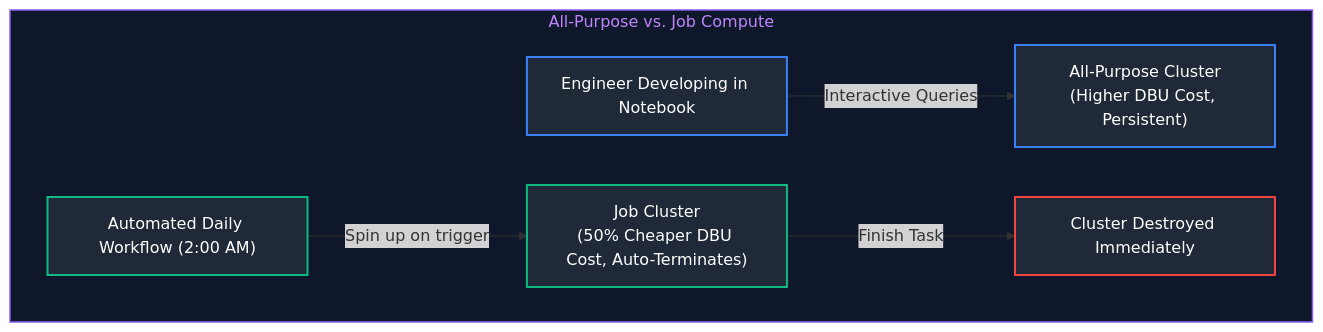
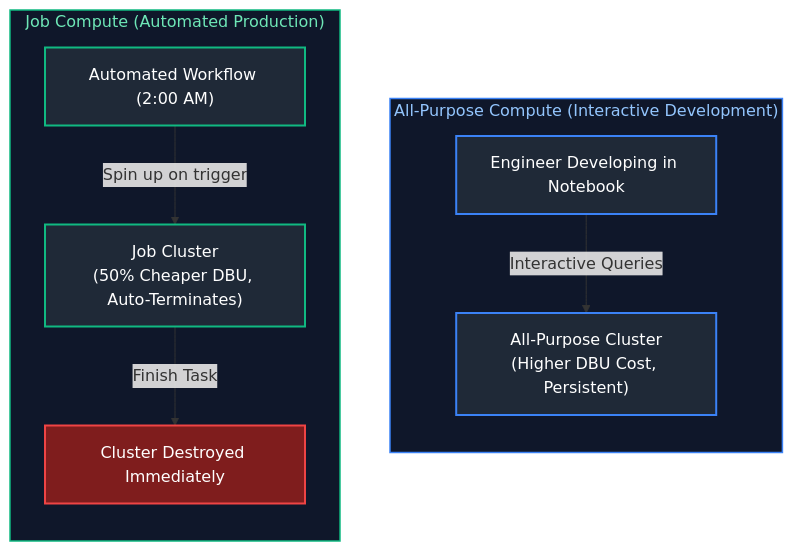
One commit to joydeep-biswas/Interview-Preparation changed the third of 17 diagrams in Data Engineering/09_databricks_and_delta_lake.md. Above: the diagram before and after it, drawn with Mermaid. The commit also changed other lines of this file and 76 other files, not shown here.

Commit message:
Updated Charts

````diff
--- a/Data Engineering/09_databricks_and_delta_lake.md
+++ b/Data Engineering/09_databricks_and_delta_lake.md
@@ -273,17 +280,22 @@
 ```mermaid
 flowchart TD
-    subgraph ComputeTypes ["All-Purpose vs. Job Compute"]
+    subgraph AllPurposeCompute ["All-Purpose Compute (Interactive Development)"]
+        direction TB
         Dev["Engineer Developing in Notebook"] -->|Interactive Queries| AllPurpose["All-Purpose Cluster<br/>(Higher DBU Cost, Persistent)"]
-        
-        Scheduler["Automated Daily Workflow (2:00 AM)"] -->|Spin up on trigger| JobCompute["Job Cluster<br/>(50% Cheaper DBU Cost, Auto-Terminates)"]
+    end
+
+    subgraph JobComputeCluster ["Job Compute (Automated Production)"]
+        direction TB
+        Scheduler["Automated Workflow (2:00 AM)"] -->|Spin up on trigger| JobCompute["Job Cluster<br/>(50% Cheaper DBU, Auto-Terminates)"]
         JobCompute -->|Finish Task| Destroy["Cluster Destroyed Immediately"]
     end
 
-    style ComputeTypes fill:#0f172a,stroke:#8b5cf6,stroke-width:1.5px,color:#c084fc
+    style AllPurposeCompute fill:#0f172a,stroke:#3b82f6,stroke-width:1.5px,color:#93c5fd
+    style JobComputeCluster fill:#0f172a,stroke:#10b981,stroke-width:1.5px,color:#6ee7b7
 
     style Dev fill:#1f2937,stroke:#3b82f6,stroke-width:2px,color:#fff
     style AllPurpose fill:#1f2937,stroke:#3b82f6,stroke-width:2px,color:#fff
     style Scheduler fill:#1f2937,stroke:#10b981,stroke-width:2px,color:#fff
     style JobCompute fill:#1f2937,stroke:#10b981,stroke-width:2px,color:#fff
-    style Destroy fill:#1f2937,stroke:#ef4444,stroke-width:2px,color:#fff
+    style Destroy fill:#7f1d1d,stroke:#ef4444,stroke-width:2px,color:#fff
 ```
````
